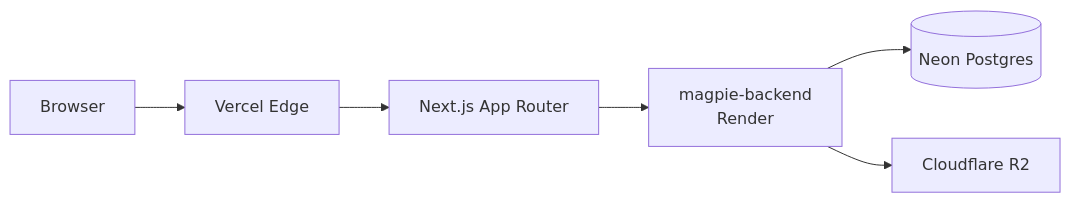
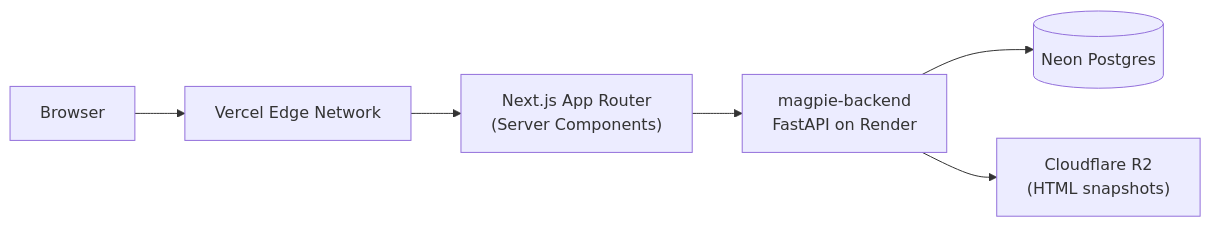
Before and after one commit to Abdul-Muizz1310/magpie-frontend: the first of 4 diagrams in docs/ARCHITECTURE.md, drawn with Mermaid. The commit also changed other lines of this file and 10 other files, not shown here.

````diff
--- a/docs/ARCHITECTURE.md
+++ b/docs/ARCHITECTURE.md
@@ -5,8 +5,8 @@
 ```mermaid
-graph LR
-    User[Browser] --> Vercel[Vercel Edge]
-    Vercel --> NextApp[Next.js App Router]
-    NextApp --> API[magpie-backend<br/>Render]
-    API --> Neon[(Neon Postgres)]
-    API --> R2[Cloudflare R2]
+flowchart LR
+    User["Browser"] --> Vercel["Vercel Edge Network"]
+    Vercel --> NextApp["Next.js App Router<br/>(Server Components)"]
+    NextApp --> API["magpie-backend<br/>FastAPI on Render"]
+    API --> Neon[("Neon Postgres")]
+    API --> R2["Cloudflare R2<br/>(HTML snapshots)"]
 ```
````
